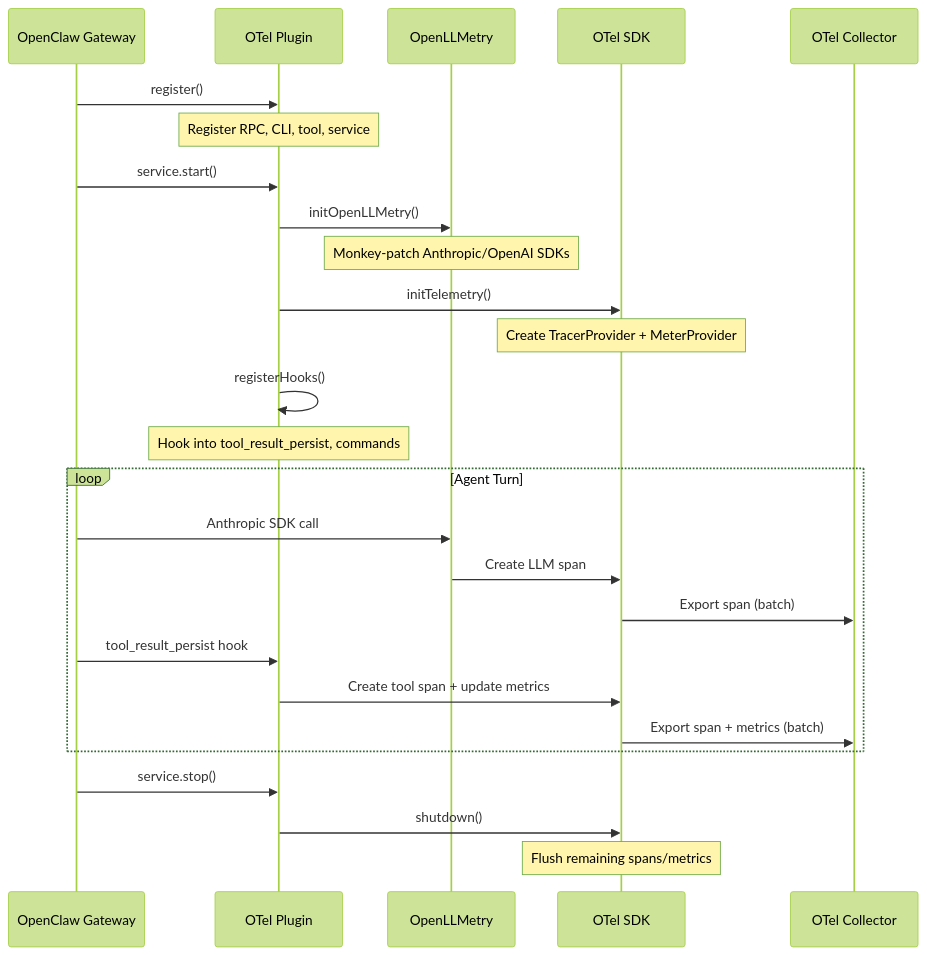
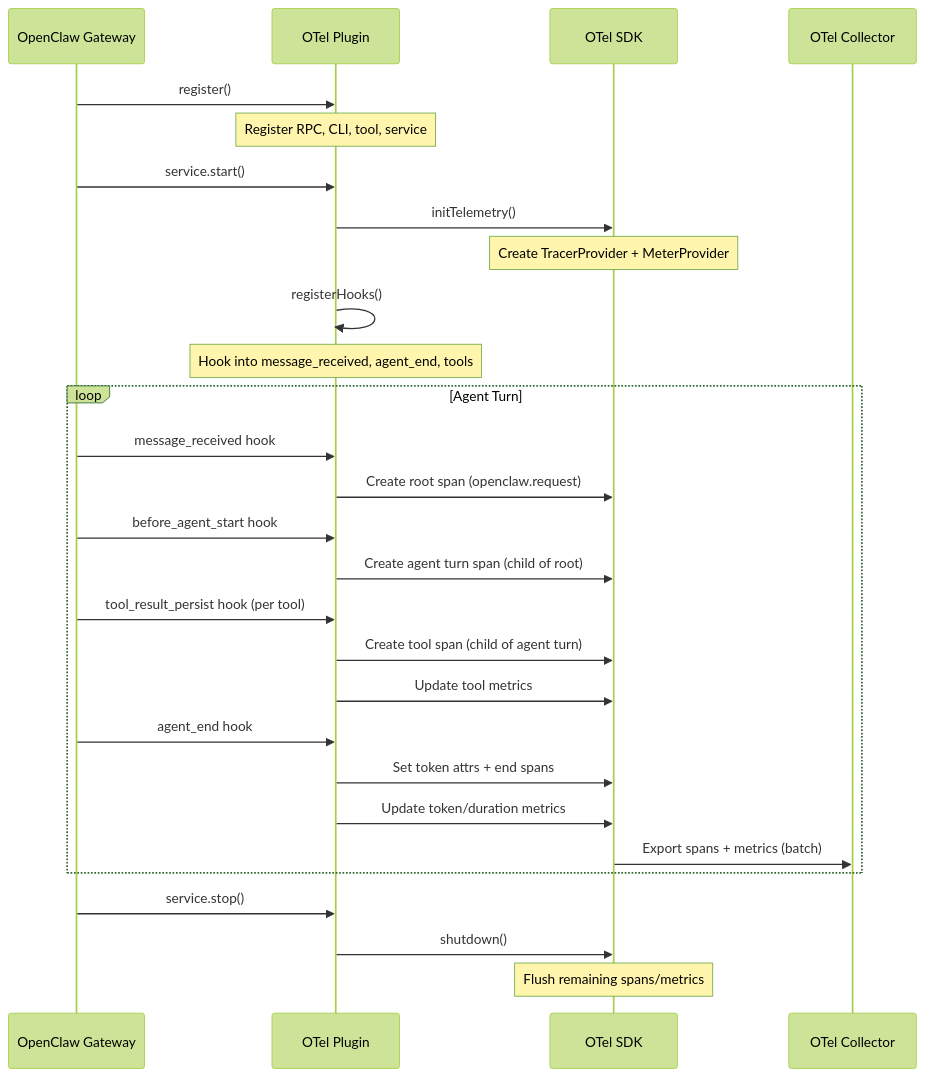
One commit to henrikrexed/openclaw-observability-plugin changed the diagram in docs/architecture.md. Above: the diagram before and after it, drawn with Mermaid (forest theme). The commit also changed other lines of this file and 8 other files, not shown here.

First line of the commit message:
docs: remove OpenLLMetry references, document actual hook-based approach

````diff
--- a/docs/architecture.md
+++ b/docs/architecture.md
@@ -7,33 +7,37 @@
 ```mermaid
 sequenceDiagram
     participant GW as OpenClaw Gateway
     participant P as OTel Plugin
-    participant OL as OpenLLMetry
     participant SDK as OTel SDK
     participant Col as OTel Collector
 
     GW->>P: register()
     Note over P: Register RPC, CLI, tool, service
 
     GW->>P: service.start()
-    P->>OL: initOpenLLMetry()
-    Note over OL: Monkey-patch Anthropic/OpenAI SDKs
     P->>SDK: initTelemetry()
     Note over SDK: Create TracerProvider + MeterProvider
     P->>P: registerHooks()
-    Note over P: Hook into tool_result_persist, commands
+    Note over P: Hook into message_received, agent_end, tools
 
     loop Agent Turn
-        GW->>OL: Anthropic SDK call
-        OL->>SDK: Create LLM span
-        SDK->>Col: Export span (batch)
+        GW->>P: message_received hook
+        P->>SDK: Create root span (openclaw.request)
 
-        GW->>P: tool_result_persist hook
-        P->>SDK: Create tool span + update metrics
-        SDK->>Col: Export span + metrics (batch)
+        GW->>P: before_agent_start hook
+        P->>SDK: Create agent turn span (child of root)
+
+        GW->>P: tool_result_persist hook (per tool)
+        P->>SDK: Create tool span (child of agent turn)
+        P->>SDK: Update tool metrics
+
+        GW->>P: agent_end hook
+        P->>SDK: Set token attrs + end spans
+        P->>SDK: Update token/duration metrics
+        SDK->>Col: Export spans + metrics (batch)
     end
 
     GW->>P: service.stop()
     P->>SDK: shutdown()
     Note over SDK: Flush remaining spans/metrics
 ```
````
